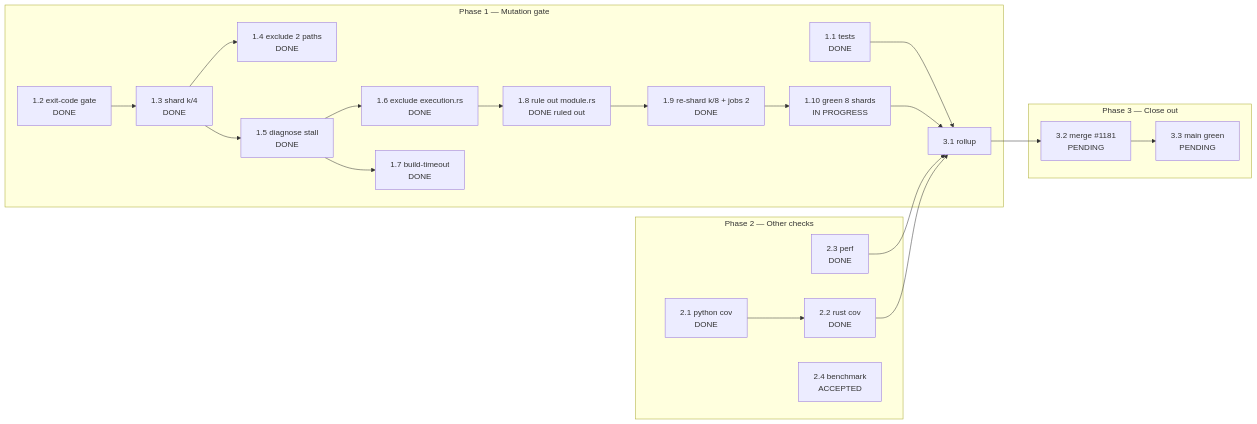
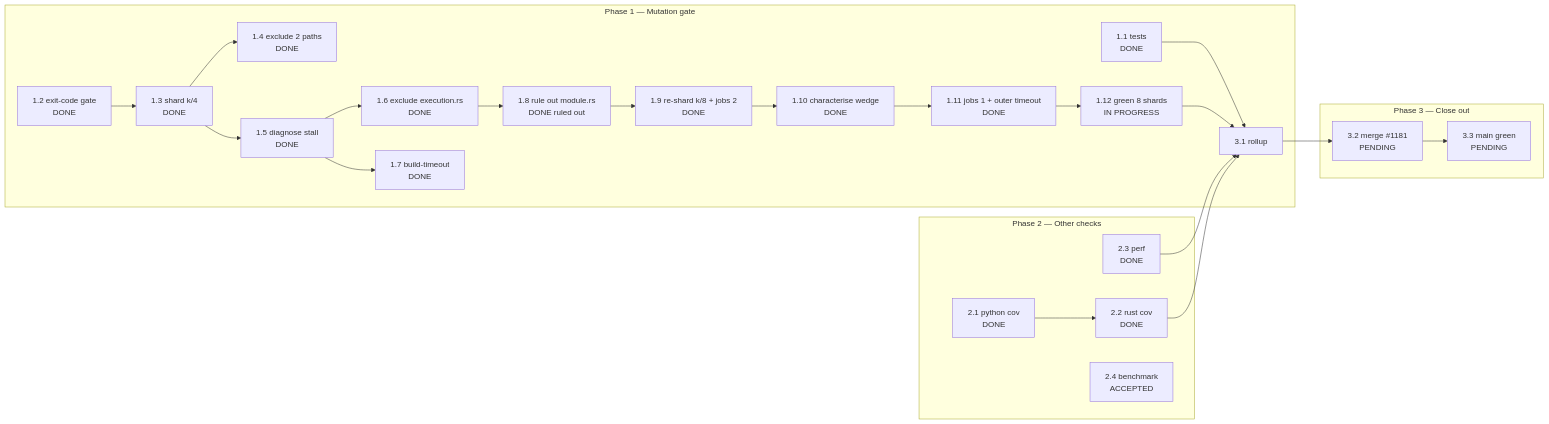
The diagram in docs/sessions/20261030-agileplus-1181-mutation-ci/DAG_WBS_PERT.md (KooshaPari/AgilePlus), drawn with Mermaid before and after one commit. The commit also changed other lines of this file, not shown here.

First line of the commit message:
docs(ci): record shard-7 wedge characterisation and jobs=1 falsification test

````diff
--- a/docs/sessions/20261030-agileplus-1181-mutation-ci/DAG_WBS_PERT.md
+++ b/docs/sessions/20261030-agileplus-1181-mutation-ci/DAG_WBS_PERT.md
@@ -120,25 +164,27 @@
 ```mermaid
 graph LR
   subgraph P1["Phase 1 — Mutation gate"]
     A1["1.1 tests<br/>DONE"] --> C1["3.1 rollup"]
     A2["1.2 exit-code gate<br/>DONE"] --> A3["1.3 shard k/4<br/>DONE"]
     A3 --> A4["1.4 exclude 2 paths<br/>DONE"]
     A3 --> A5["1.5 diagnose stall<br/>DONE"]
     A5 --> A6["1.6 exclude execution.rs<br/>DONE"]
     A5 --> A7["1.7 build-timeout<br/>DONE"]
     A6 --> A8["1.8 rule out module.rs<br/>DONE ruled out"]
     A8 --> A9["1.9 re-shard k/8 + jobs 2<br/>DONE"]
-    A9 --> A10["1.10 green 8 shards<br/>IN PROGRESS"]
-    A10 --> C1
+    A9 --> A10["1.10 characterise wedge<br/>DONE"]
+    A10 --> A11["1.11 jobs 1 + outer timeout<br/>DONE"]
+    A11 --> A12["1.12 green 8 shards<br/>IN PROGRESS"]
+    A12 --> C1
   end
   subgraph P2["Phase 2 — Other checks"]
     B1["2.1 python cov<br/>DONE"] --> B2["2.2 rust cov<br/>DONE"]
     B3["2.3 perf<br/>DONE"] --> C1
     B4["2.4 benchmark<br/>ACCEPTED"]
     B2 --> C1
   end
   subgraph P3["Phase 3 — Close out"]
     C1 --> C2["3.2 merge #1181<br/>PENDING"]
     C2 --> C3["3.3 main green<br/>PENDING"]
   end
 ```
````
